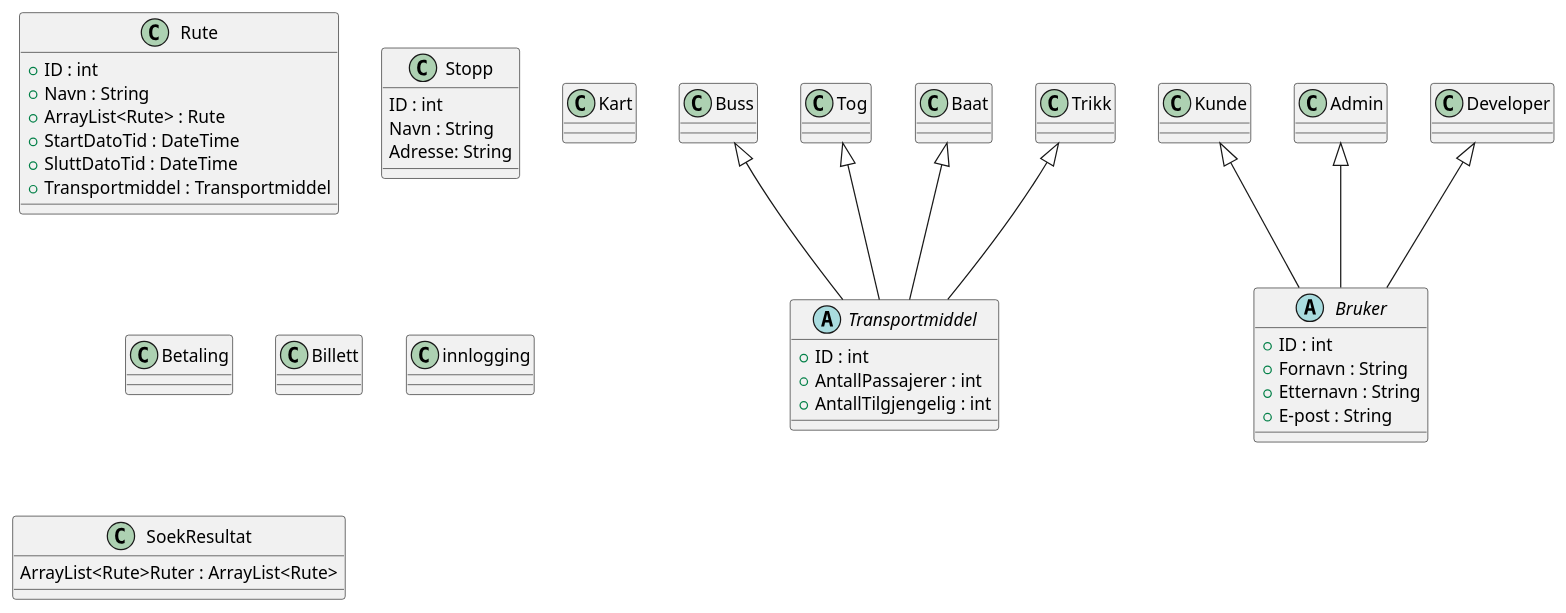
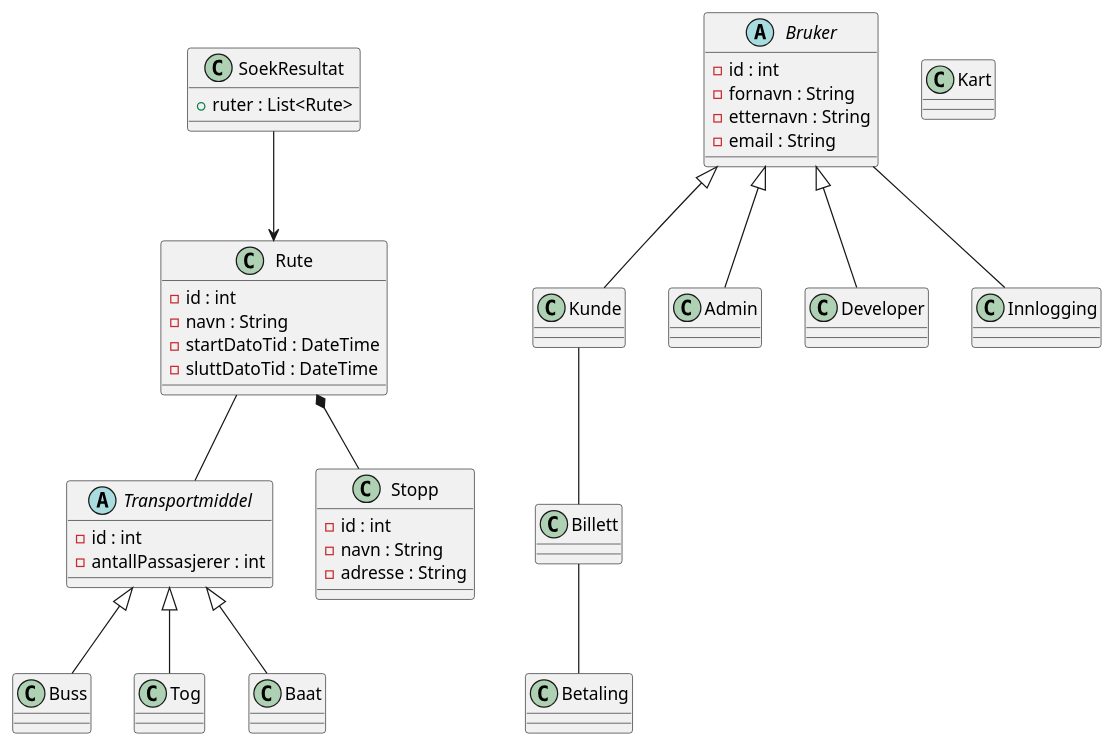
The diagram in Modellering/src/Classes.puml (Gruppe12/Lambda), drawn with PlantUML before and after one commit.

```diff
--- a/Modellering/src/Classes.puml
+++ b/Modellering/src/Classes.puml
@@ -1,97 +1,78 @@
 @startuml
 'https://plantuml.com/class-diagram
 
 abstract class Transportmiddel {
-    + ID : int
-    + AntallPassajerer : int
-    + AntallTilgjengelig : int
+  - id : int
+  - antallPassasjerer : int
 }
 
-Buss <|-- Transportmiddel
-Tog <|-- Transportmiddel
-Baat <|-- Transportmiddel
-Trikk <|-- Transportmiddel
+Transportmiddel <|-- Buss
+Transportmiddel <|-- Tog
+Transportmiddel <|-- Baat
 
 class Buss {
 }
 class Tog {
 }
 class Baat {
 }
-class Trikk {
-}
 
 '--------------------------'
 abstract class Bruker {
-    + ID : int
-    + Fornavn : String
-    + Etternavn : String
-    + E-post : String
+    - id : int
+    - fornavn : String
+    - etternavn : String
+    - email : String
 }
 
-Kunde <|-- Bruker
-Admin <|-- Bruker
-Developer <|-- Bruker
+Bruker <|-- Kunde
+Bruker <|-- Admin
+Bruker <|-- Developer
 
 class Kunde {
 }
 class Admin {
 }
 class Developer {
 }
 
 '--------------------------'
 
 class Rute {
-    + ID : int
-    + Navn : String
-    + ArrayList<Rute> : Rute
-    + StartDatoTid : DateTime
-    + SluttDatoTid : DateTime
-    + Transportmiddel : Transportmiddel
+    - id : int
+    - navn : String
+    - startDatoTid : DateTime
+    - sluttDatoTid : DateTime
 }
 class Stopp {
-    ID : int
-    Navn : String
-    Adresse: String
+   - id : int
+   - navn : String
+   - adresse : String
 }
 class Kart {
 }
 
 '--------------------------'
 
 class Betaling {
 }
 class Billett {
 }
-class innlogging {
+class Innlogging {
 }
 
 '--------------------------'
 class SoekResultat {
-    ArrayList<Rute>Ruter : ArrayList<Rute>
+    + ruter : List<Rute>
 }
 
-'Eksempler'
-/'interface List
-interface Collection
+' ---- Associations ----
+Bruker -- Innlogging
+Rute *-- Stopp
+Rute -- Transportmiddel
+SoekResultat --> Rute
 
-List <|-- AbstractList
-Collection <|-- AbstractCollection
-
-Collection <|- List
-AbstractCollection <|- AbstractList
-AbstractList <|-- ArrayList
-
-class ArrayList {
-Object[] elementData
-size()
-}
-
-enum TimeUnit {
-DAYS
-HOURS
-MINUTES
-}'/
+Kunde -- Billett
+Billett -- Betaling
 
 @enduml
```
